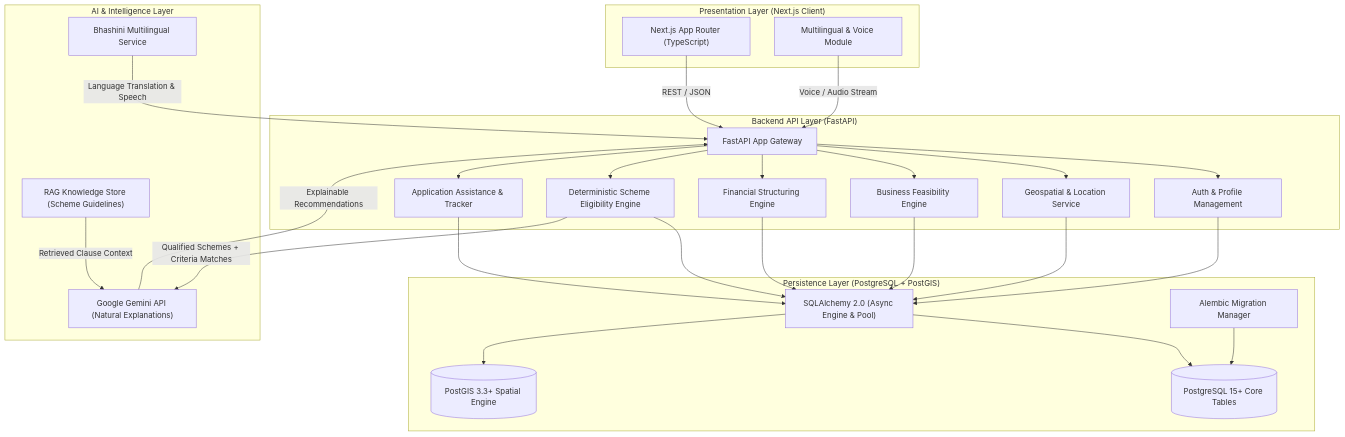
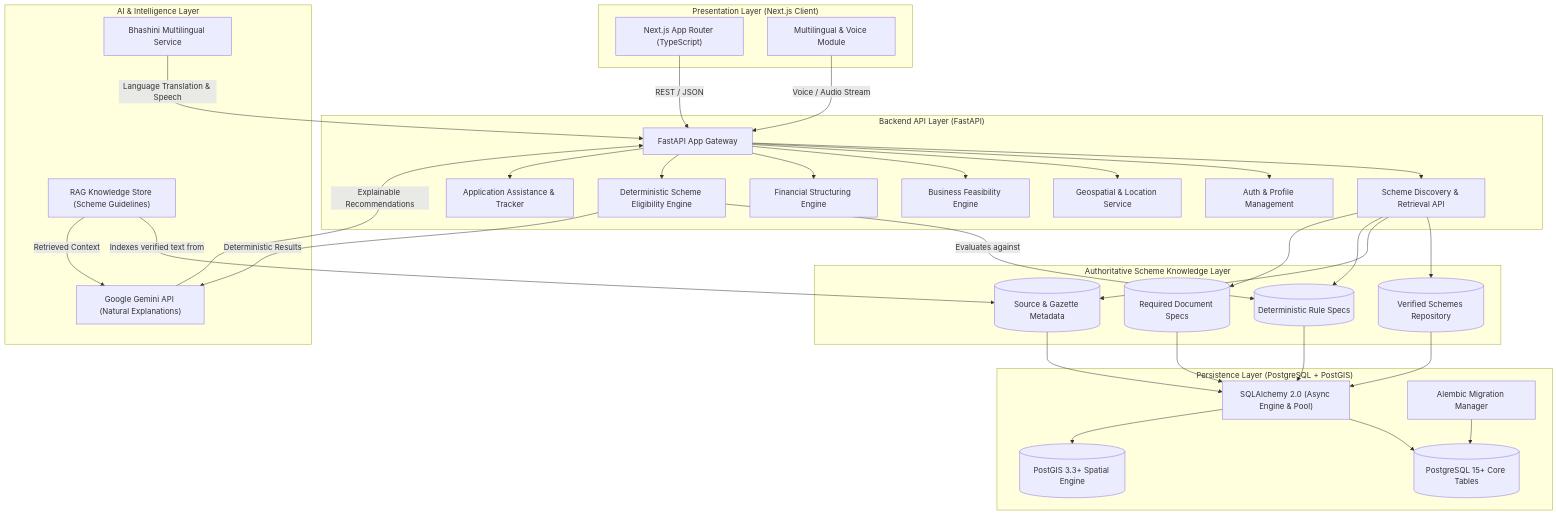
One commit to lakshika-tyagi/VittMitra changed the diagram in docs/architecture.md. Above: the diagram before and after it, drawn with Mermaid. The commit also changed other lines of this file and 17 other files, not shown here.

````diff
--- a/docs/architecture.md
+++ b/docs/architecture.md
@@ -7,55 +7,69 @@
 ```mermaid
 flowchart TD
     subgraph Client["Presentation Layer (Next.js Client)"]
         UI["Next.js App Router (TypeScript)"]
         VoiceUI["Multilingual & Voice Module"]
     end
 
     subgraph API["Backend API Layer (FastAPI)"]
         Gateway["FastAPI App Gateway"]
         AuthSvc["Auth & Profile Management"]
         GeoSvc["Geospatial & Location Service"]
         BizSvc["Business Feasibility Engine"]
         FinSvc["Financial Structuring Engine"]
+        SchemeKnowledgeAPI["Scheme Discovery & Retrieval API"]
         RuleEngine["Deterministic Scheme Eligibility Engine"]
         AppSvc["Application Assistance & Tracker"]
+    end
+
+    subgraph SchemeKnowledge["Authoritative Scheme Knowledge Layer"]
+        SchemeStore[("Verified Schemes Repository")]
+        SourceStore[("Source & Gazette Metadata")]
+        RuleStore[("Deterministic Rule Specs")]
+        DocStore[("Required Document Specs")]
     end
 
     subgraph Database["Persistence Layer (PostgreSQL + PostGIS)"]
         DBSession["SQLAlchemy 2.0 (Async Engine & Pool)"]
         AlembicMgr["Alembic Migration Manager"]
         PostgresDB[("PostgreSQL 15+ Core Tables")]
         PostGISSpatial[("PostGIS 3.3+ Spatial Engine")]
     end
 
     subgraph Intelligence["AI & Intelligence Layer"]
         GeminiLLM["Google Gemini API (Natural Explanations)"]
         VectorDB["RAG Knowledge Store (Scheme Guidelines)"]
         Bhashini["Bhashini Multilingual Service"]
     end
 
     UI -->|REST / JSON| Gateway
     VoiceUI -->|Voice / Audio Stream| Gateway
+    Gateway --> SchemeKnowledgeAPI
     Gateway --> AuthSvc
     Gateway --> GeoSvc
     Gateway --> BizSvc
     Gateway --> FinSvc
     Gateway --> RuleEngine
     Gateway --> AppSvc
 
-    AuthSvc --> DBSession
-    GeoSvc --> DBSession
-    BizSvc --> DBSession
-    FinSvc --> DBSession
-    RuleEngine --> DBSession
-    AppSvc --> DBSession
+    SchemeKnowledgeAPI --> SchemeStore
+    SchemeKnowledgeAPI --> SourceStore
+    SchemeKnowledgeAPI --> RuleStore
+    SchemeKnowledgeAPI --> DocStore
+
+    SchemeStore --> DBSession
+    SourceStore --> DBSession
+    RuleStore --> DBSession
+    DocStore --> DBSession
 
     DBSession --> PostgresDB
     DBSession --> PostGISSpatial
     AlembicMgr --> PostgresDB
 
-    RuleEngine -->|Qualified Schemes + Criteria Matches| GeminiLLM
-    VectorDB -->|Retrieved Clause Context| GeminiLLM
+    RuleEngine -->|Evaluates against| RuleStore
+    VectorDB -->|Indexes verified text from| SourceStore
+    RuleEngine -->|Deterministic Results| GeminiLLM
+    VectorDB -->|Retrieved Context| GeminiLLM
     GeminiLLM -->|Explainable Recommendations| Gateway
     Bhashini -->|Language Translation & Speech| Gateway
 ```
````
